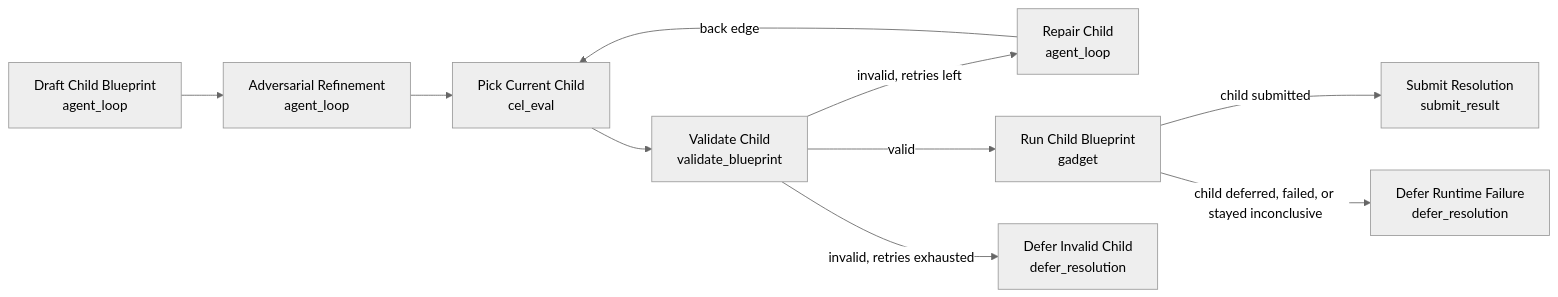
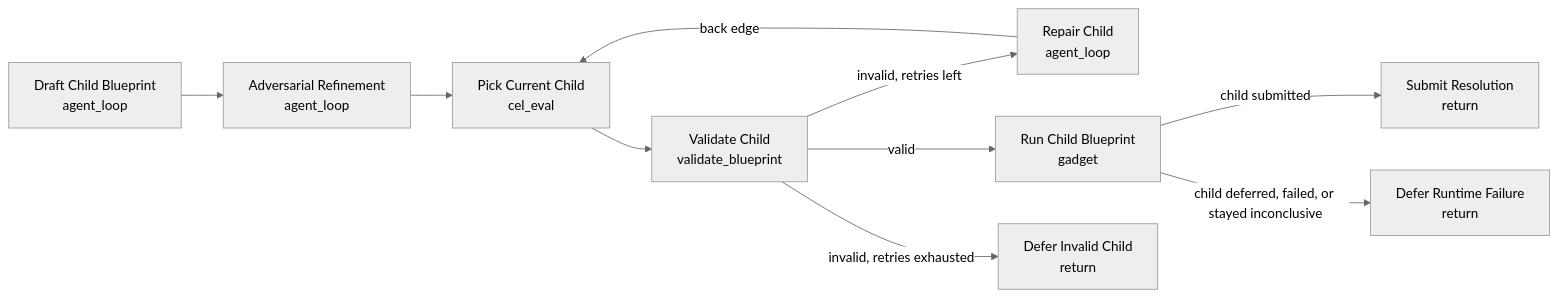
The diagram in docs/examples/yolo-auto-resolution/README.md (qmrkt/resolution-engine), drawn with Mermaid (neutral theme) before and after one commit. The commit also changed 86 other files, not shown here.

````diff
--- a/docs/examples/yolo-auto-resolution/README.md
+++ b/docs/examples/yolo-auto-resolution/README.md
@@ -26,22 +26,22 @@
 ```mermaid
 flowchart LR
   draft["Draft Child Blueprint<br/>agent_loop"]
   redteam["Adversarial Refinement<br/>agent_loop"]
   candidate["Pick Current Child<br/>cel_eval"]
   validate["Validate Child<br/>validate_blueprint"]
   repair["Repair Child<br/>agent_loop"]
   runchild["Run Child Blueprint<br/>gadget"]
-  submit["Submit Resolution<br/>submit_result"]
-  deferinvalid["Defer Invalid Child<br/>defer_resolution"]
-  deferruntime["Defer Runtime Failure<br/>defer_resolution"]
+  submit["Submit Resolution<br/>return"]
+  deferinvalid["Defer Invalid Child<br/>return"]
+  deferruntime["Defer Runtime Failure<br/>return"]
 
   draft --> redteam
   redteam --> candidate
   candidate --> validate
   validate -->|"valid"| runchild
   validate -->|"invalid, retries left"| repair
   repair -->|"back edge"| candidate
   validate -->|"invalid, retries exhausted"| deferinvalid
   runchild -->|"child submitted"| submit
   runchild -->|"child deferred, failed, or stayed inconclusive"| deferruntime
 ```
````
